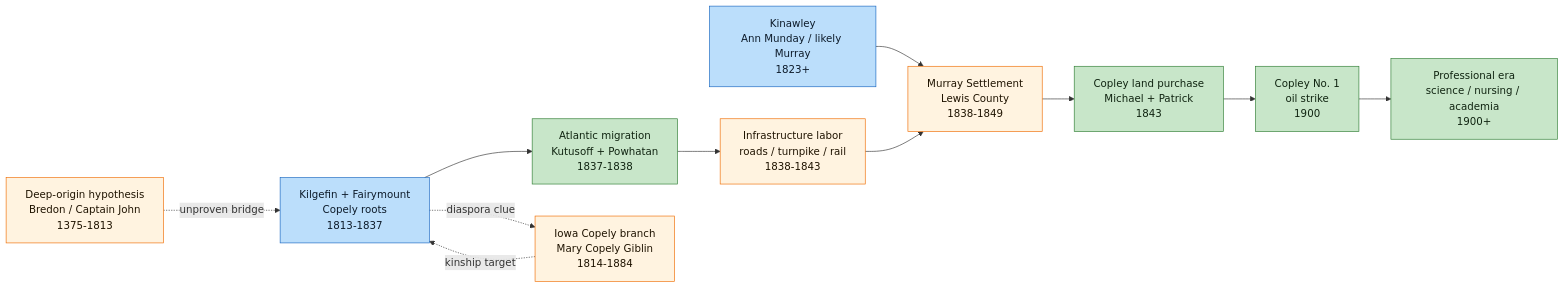
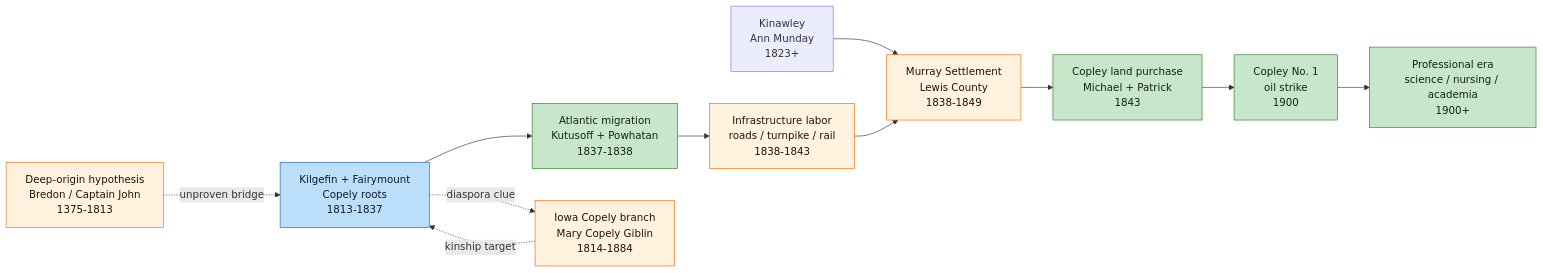
Before and after one commit to zcopley/copley-family-research: the first of 4 diagrams in Visual Story Atlas.md, drawn with Mermaid. The commit also changed other lines of this file and 21 other files, not shown here.

````diff
--- a/Visual Story Atlas.md
+++ b/Visual Story Atlas.md
@@ -32,28 +32,28 @@
 ```mermaid
 graph LR
     DEEP["Deep-origin hypothesis<br/>Bredon / Captain John<br/>1375-1813"]:::plausible
     KIL["Kilgefin + Fairymount<br/>Copely roots<br/>1813-1837"]:::strong
-    KIN["Kinawley<br/>Ann Munday / likely Murray<br/>1823+"]:::strong
+    KIN["Kinawley<br/>Ann Munday<br/>1823+"]:::unresolved
     SEA["Atlantic migration<br/>Kutusoff + Powhatan<br/>1837-1838"]:::verified
     LAB["Infrastructure labor<br/>roads / turnpike / rail<br/>1838-1843"]:::plausible
     SET["Murray Settlement<br/>Lewis County<br/>1838-1849"]:::plausible
     LAND["Copley land purchase<br/>Michael + Patrick<br/>1843"]:::verified
     OIL["Copley No. 1<br/>oil strike<br/>1900"]:::verified
     PRO["Professional era<br/>science / nursing / academia<br/>1900+"]:::verified
     IOWA["Iowa Copely branch<br/>Mary Copely Giblin<br/>1814-1884"]:::plausible
     
     DEEP -. unproven bridge .-> KIL
     KIL --> SEA
     KIN --> SET
     SEA --> LAB
     LAB --> SET
     SET --> LAND
     LAND --> OIL
     OIL --> PRO
     KIL -. diaspora clue .-> IOWA
     IOWA -. kinship target .-> KIL
     
     classDef verified fill:#c8e6c9,stroke:#2e7d32,color:#102411
     classDef strong fill:#bbdefb,stroke:#1565c0,color:#0d1b2a
     classDef plausible fill:#fff3e0,stroke:#ef6c00,color:#1f1300
 ```
````
